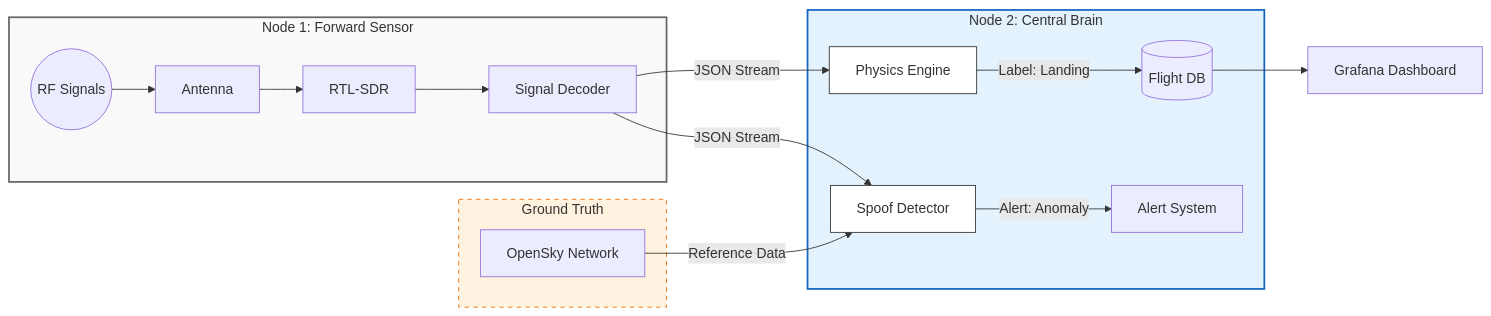
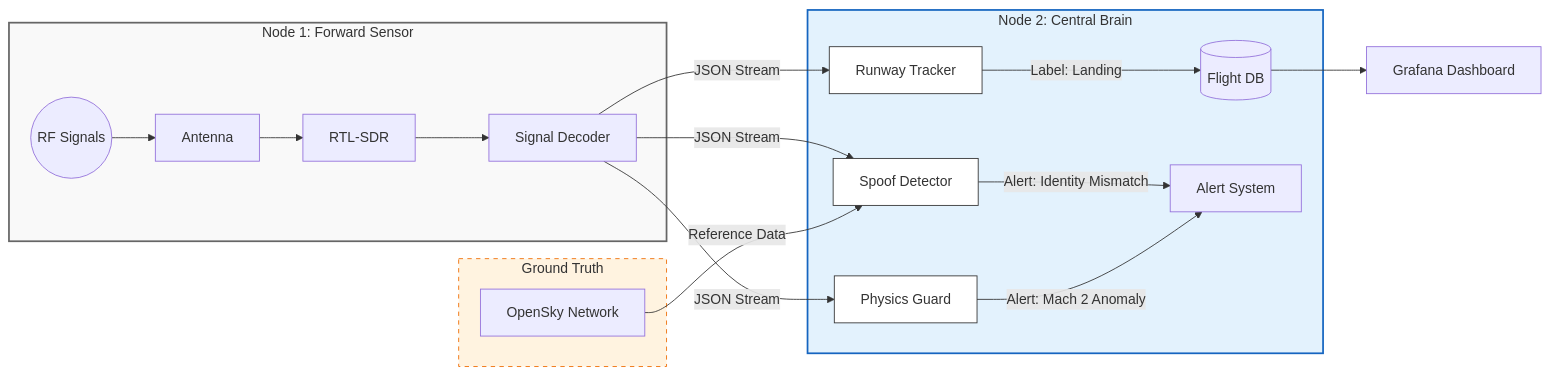
One commit to rwiren/central-brain changed the diagram in README.md. Above: the diagram before and after it, drawn with Mermaid. The commit also changed other lines of this file, not shown here.

Commit message:
Docs: Aligned system diagram nodes with repository folder names

````diff
--- a/README.md
+++ b/README.md
@@ -35,34 +35,37 @@
 ```mermaid
 graph LR
     %% 1. Sensing Layer (RPi 4)
     subgraph SENSOR [Node 1: Forward Sensor]
         AIR((RF Signals)) --> ANT[Antenna]
         ANT --> SDR[RTL-SDR]
         SDR --> READSB[Signal Decoder]
     end
 
     %% 2. Intelligence Layer (RPi 5)
     subgraph BRAIN [Node 2: Central Brain]
-        READSB -->|JSON Stream| LOGIC[Physics Engine]
+        READSB -->|JSON Stream| TRACKER[Runway Tracker]
         READSB -->|JSON Stream| SPOOF[Spoof Detector]
+        READSB -->|JSON Stream| GUARD[Physics Guard]
         
-        LOGIC -->|Label: Landing| DB[(Flight DB)]
-        SPOOF -->|Alert: Anomaly| ALERT[Alert System]
+        TRACKER -->|Label: Landing| DB[(Flight DB)]
+        SPOOF -->|Alert: Identity Mismatch| ALERT[Alert System]
+        GUARD -->|Alert: Mach 2 Anomaly| ALERT
     end
 
     %% 3. Validation Layer (Cloud)
     subgraph CLOUD [Ground Truth]
         OPENSKY[OpenSky Network]
     end
 
     %% 4. Data Connections
     OPENSKY -->|Reference Data| SPOOF
     DB --> DASH[Grafana Dashboard]
 
-    %% Styling to make it readable
+    %% Styling
     style SENSOR fill:#f9f9f9,stroke:#666,stroke-width:2px
     style BRAIN fill:#e3f2fd,stroke:#1565c0,stroke-width:2px
     style CLOUD fill:#fff3e0,stroke:#ef6c00,stroke-dasharray: 5 5
-    style LOGIC fill:#fff,stroke:#333
+    style TRACKER fill:#fff,stroke:#333
     style SPOOF fill:#fff,stroke:#333
+    style GUARD fill:#fff,stroke:#333
 ```
````
